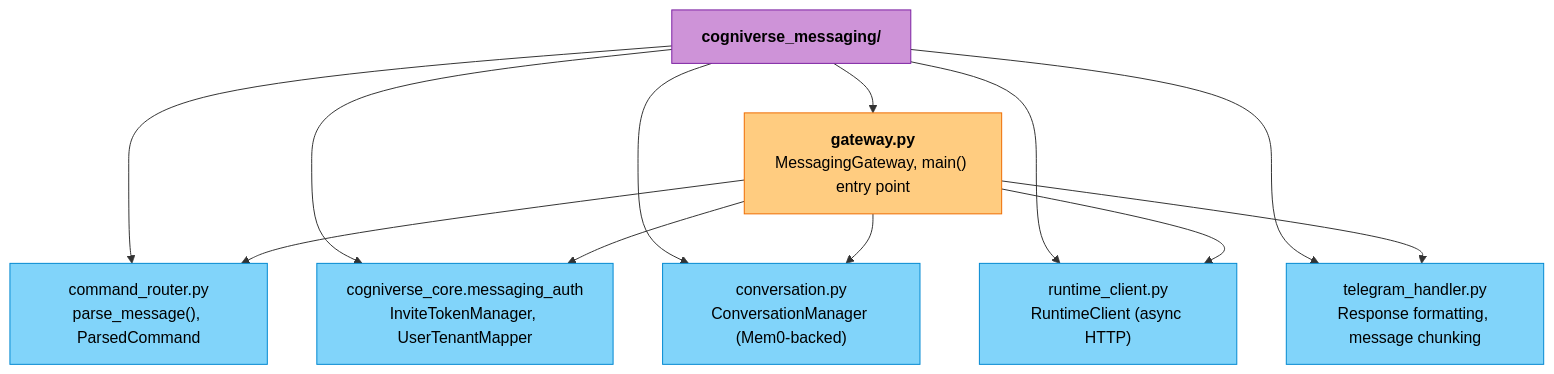
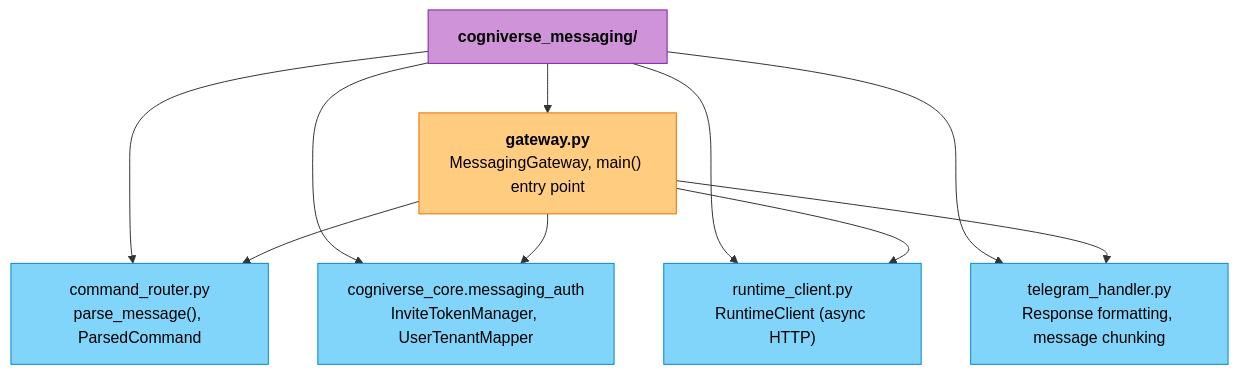
One commit to amit-jain/cogniverse changed the first of 2 diagrams in docs/modules/messaging.md. Above: the diagram before and after it, drawn with Mermaid. The commit also changed other lines of this file and 4 other files, not shown here.

Commit message:
Remove gateway-side conversation history in favor of the runtime

````diff
--- a/docs/modules/messaging.md
+++ b/docs/modules/messaging.md
@@ -40,25 +40,22 @@
 ```mermaid
 graph TD
     Root["<span style='color:#000'><b>cogniverse_messaging/</b></span>"]
 
     Root --> Gateway["<span style='color:#000'><b>gateway.py</b><br/>MessagingGateway, main() entry point</span>"]
     Root --> CommandRouter["<span style='color:#000'>command_router.py<br/>parse_message(), ParsedCommand</span>"]
     Root --> Auth["<span style='color:#000'>cogniverse_core.messaging_auth<br/>InviteTokenManager, UserTenantMapper</span>"]
-    Root --> Conversation["<span style='color:#000'>conversation.py<br/>ConversationManager (Mem0-backed)</span>"]
     Root --> RuntimeClient["<span style='color:#000'>runtime_client.py<br/>RuntimeClient (async HTTP)</span>"]
     Root --> TelegramHandler["<span style='color:#000'>telegram_handler.py<br/>Response formatting, message chunking</span>"]
 
     Gateway --> CommandRouter
     Gateway --> Auth
-    Gateway --> Conversation
     Gateway --> RuntimeClient
     Gateway --> TelegramHandler
 
     style Root fill:#ce93d8,stroke:#7b1fa2,color:#000
     style Gateway fill:#ffcc80,stroke:#ef6c00,color:#000
     style CommandRouter fill:#81d4fa,stroke:#0288d1,color:#000
     style Auth fill:#81d4fa,stroke:#0288d1,color:#000
-    style Conversation fill:#81d4fa,stroke:#0288d1,color:#000
     style RuntimeClient fill:#81d4fa,stroke:#0288d1,color:#000
     style TelegramHandler fill:#81d4fa,stroke:#0288d1,color:#000
 ```
````
